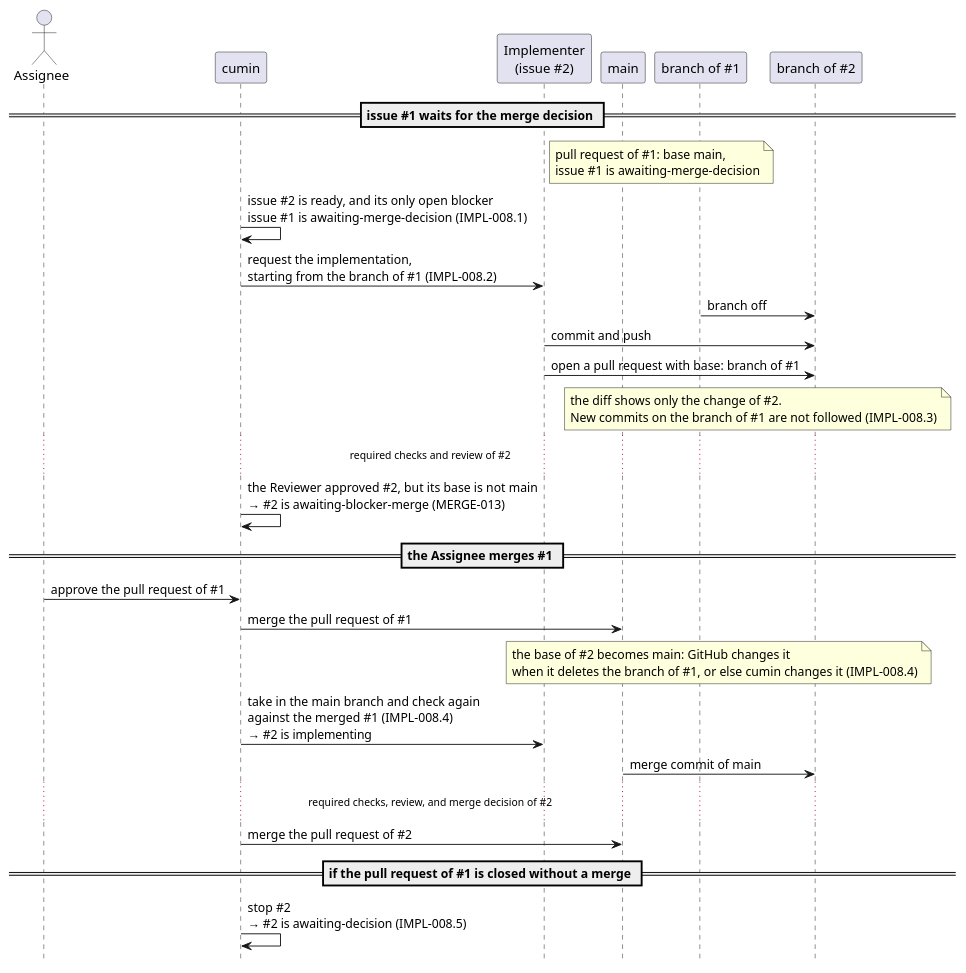
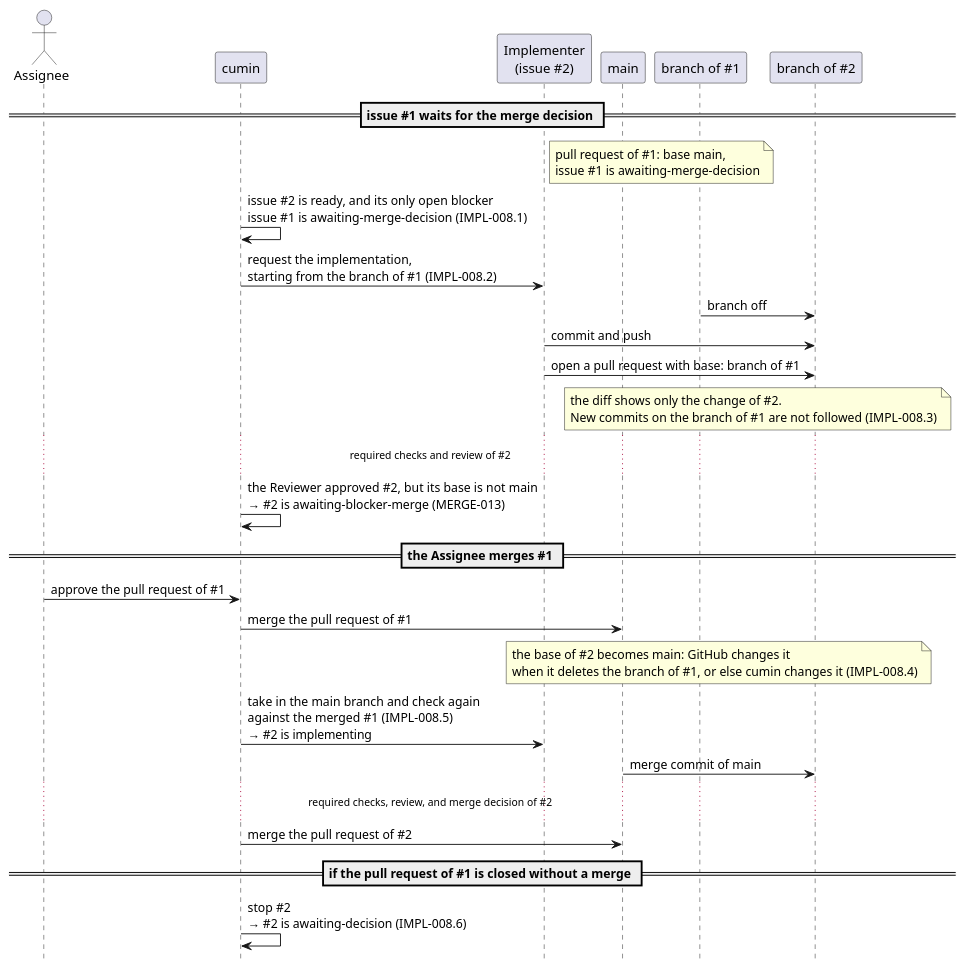
One commit to cloveclovedev/cumin-works changed the diagram in docs/ja/requirements/impl/start-from-awaiting-merge-decision.puml. Above: the diagram before and after it, drawn with PlantUML. The commit also changed 3 other files, not shown here.

```diff
--- a/docs/ja/requirements/impl/start-from-awaiting-merge-decision.puml
+++ b/docs/ja/requirements/impl/start-from-awaiting-merge-decision.puml
@@ -1,46 +1,46 @@
 @startuml start-from-awaiting-merge-decision
 ' cumin-works - an implementation issue that starts from the branch of a pull request
 ' that waits for the merge decision (IMPL-008, MERGE-013).
 ' Issue #1 is the blocker. Issue #2 is blocked by #1 and starts from the branch of #1.
 ' Render: run scripts/render-diagrams.sh at the root of the repository.
 
 hide footbox
 
 actor "Assignee" as Assignee
 participant "cumin" as Cumin
 participant "Implementer\n(issue #2)" as Impl
 participant "main" as Main
 participant "branch of #1" as B1
 participant "branch of #2" as B2
 
 == issue #1 waits for the merge decision ==
 
 note over Main, B1 : pull request of #1: base main,\nissue #1 is awaiting-merge-decision
 Cumin -> Cumin : issue #2 is ready, and its only open blocker\nissue #1 is awaiting-merge-decision (IMPL-008.1)
 Cumin -> Impl : request the implementation,\nstarting from the branch of #1 (IMPL-008.2)
 B1 -> B2 : branch off
 Impl -> B2 : commit and push
 Impl -> B2 : open a pull request with base: branch of #1
 note over B1, B2 : the diff shows only the change of #2.\nNew commits on the branch of #1 are not followed (IMPL-008.3)
 
 ... required checks and review of #2 ...
 
 Cumin -> Cumin : the Reviewer approved #2, but its base is not main\n→ #2 is awaiting-blocker-merge (MERGE-013)
 
 == the Assignee merges #1 ==
 
 Assignee -> Cumin : approve the pull request of #1
 Cumin -> Main : merge the pull request of #1
 note over Main, B2 : the base of #2 becomes main: GitHub changes it\nwhen it deletes the branch of #1, or else cumin changes it (IMPL-008.4)
-Cumin -> Impl : take in the main branch and check again\nagainst the merged #1 (IMPL-008.4)\n→ #2 is implementing
+Cumin -> Impl : take in the main branch and check again\nagainst the merged #1 (IMPL-008.5)\n→ #2 is implementing
 Main -> B2 : merge commit of main
 
 ... required checks, review, and merge decision of #2 ...
 
 Cumin -> Main : merge the pull request of #2
 
 == if the pull request of #1 is closed without a merge ==
 
-Cumin -> Cumin : stop #2\n→ #2 is awaiting-decision (IMPL-008.5)
+Cumin -> Cumin : stop #2\n→ #2 is awaiting-decision (IMPL-008.6)
 
 @enduml
```
